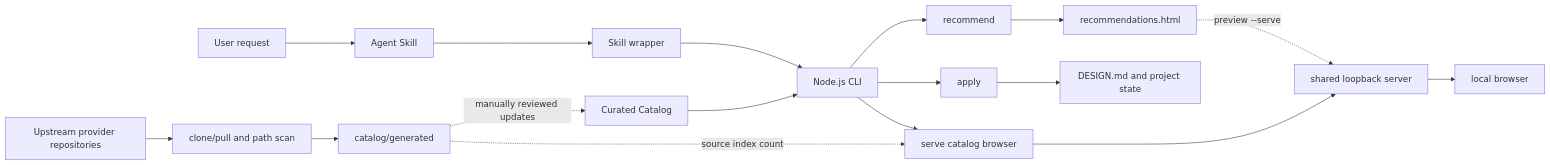
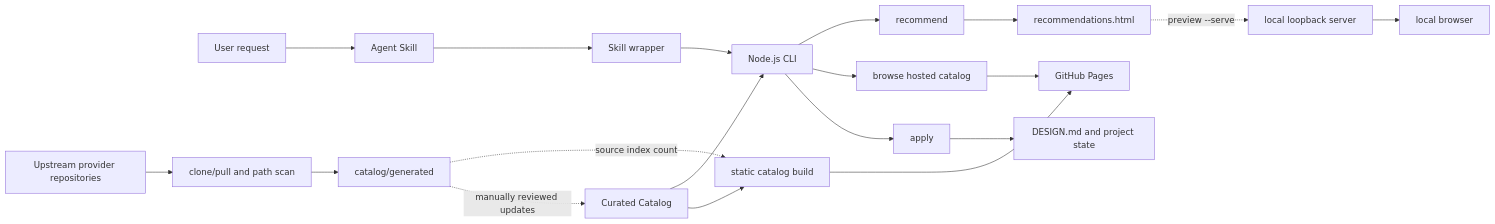
One commit to coconilu/ai-ui-style-director changed the diagram in docs/IMPLEMENTATION.md. Above: the diagram before and after it, drawn with Mermaid. The commit also changed other lines of this file and 22 other files, not shown here.

First line of the commit message:
feat: deploy catalog through GitHub Pages (#15)

````diff
--- a/docs/IMPLEMENTATION.md
+++ b/docs/IMPLEMENTATION.md
@@ -13,19 +13,21 @@
 ```mermaid
 flowchart LR
   U[User request] --> S[Agent Skill]
   S --> W[Skill wrapper]
   W --> C[Node.js CLI]
   K[Curated Catalog] --> C
   C --> R[recommend]
-  C --> B[serve catalog browser]
+  C --> B[browse hosted catalog]
   C --> A[apply]
   R --> H[recommendations.html]
-  H -. preview --serve .-> L[shared loopback server]
-  B --> L
+  H -. preview --serve .-> L[local loopback server]
   L --> V[local browser]
+  K --> X[static catalog build]
+  X --> PAGES[GitHub Pages]
+  B --> PAGES
   A --> D[DESIGN.md and project state]
   P[Upstream provider repositories] --> G[clone/pull and path scan]
   G --> I[catalog/generated]
-  I -. source index count .-> B
+  I -. source index count .-> X
   I -. manually reviewed updates .-> K
 ```
````
